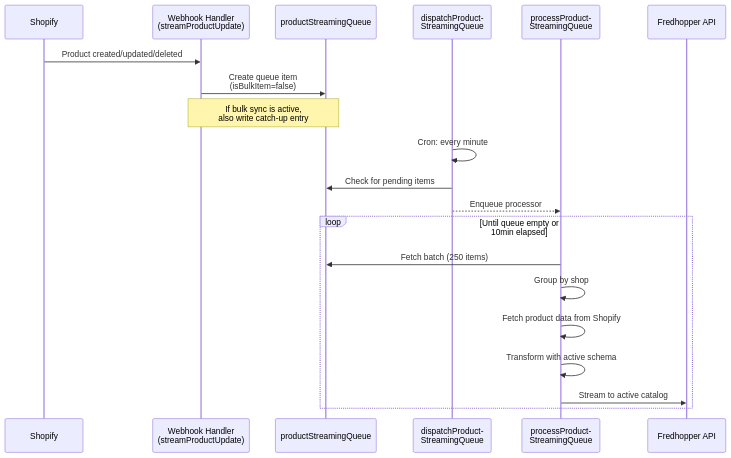
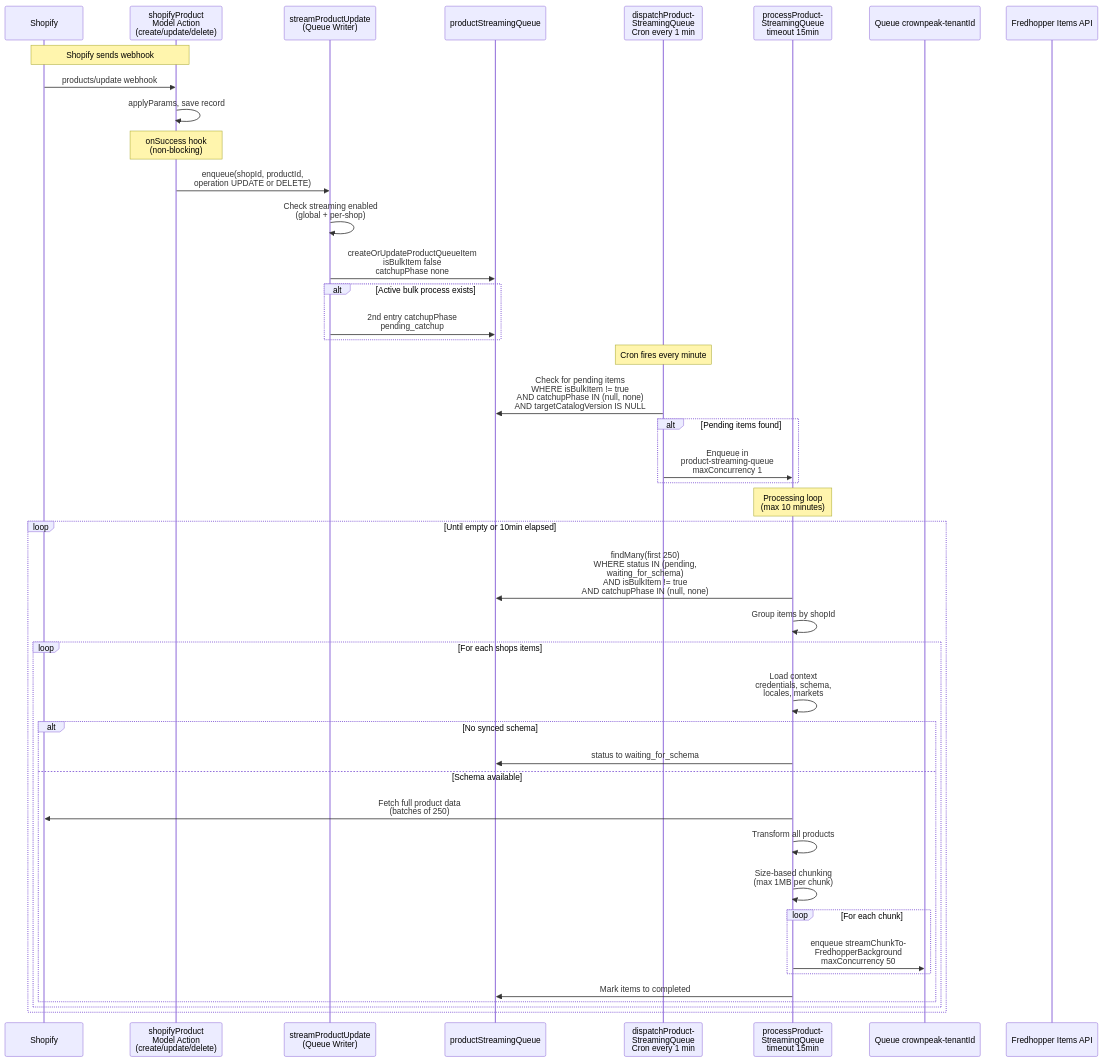
One commit to Crownpeak/best-practices changed the tenth of 18 diagrams in fredhopper/fhr-shopify-app/architecture/README.md. Above: the diagram before and after it, drawn with Mermaid. The commit also changed other lines of this file and 1 other file, not shown here.

First line of the commit message:
docs: 📝 update README with improved architecture overview and diagram adjustments

````diff
--- a/fredhopper/fhr-shopify-app/architecture/README.md
+++ b/fredhopper/fhr-shopify-app/architecture/README.md
@@ -189,26 +533,61 @@
 ```mermaid
 sequenceDiagram
-    participant Shopify
-    participant WH as Webhook Handler<br/>(streamProductUpdate)
-    participant Q as productStreamingQueue
-    participant DISP as dispatchProduct-<br/>StreamingQueue
-    participant PROC as processProduct-<br/>StreamingQueue
-    participant FH as Fredhopper API
+    participant SHOPIFY as Shopify
+    participant MODEL as shopifyProduct<br/>Model Action<br/>(create/update/delete)
+    participant SPU as streamProductUpdate<br/>(Queue Writer)
+    participant PSQ as productStreamingQueue
+    participant DISP as dispatchProduct-<br/>StreamingQueue<br/>Cron every 1 min
+    participant PROC as processProduct-<br/>StreamingQueue<br/>timeout 15min
+    participant Q_FH as Queue crownpeak-tenantId
+    participant FH as Fredhopper Items API
 
-    Shopify->>WH: Product created/updated/deleted
-    WH->>Q: Create queue item<br/>(isBulkItem=false)
+    Note over SHOPIFY,MODEL: Shopify sends webhook
 
-    Note over WH,Q: If bulk sync is active,<br/>also write catch-up entry
+    SHOPIFY ->> MODEL: products/update webhook
+    MODEL ->> MODEL: applyParams, save record
 
-    DISP->>DISP: Cron: every minute
-    DISP->>Q: Check for pending items
-    DISP-->>PROC: Enqueue processor
+    Note over MODEL: onSuccess hook<br/>(non-blocking)
 
-    loop Until queue empty or 10min elapsed
-        PROC->>Q: Fetch batch (250 items)
-        PROC->>PROC: Group by shop
-        PROC->>PROC: Fetch product data from Shopify
-        PROC->>PROC: Transform with active schema
-        PROC->>FH: Stream to active catalog
+    MODEL ->> SPU: enqueue(shopId, productId,<br/>operation UPDATE or DELETE)
+
+    SPU ->> SPU: Check streaming enabled<br/>(global + per-shop)
+    SPU ->> PSQ: createOrUpdateProductQueueItem<br/>isBulkItem false<br/>catchupPhase none
+
+    alt Active bulk process exists
+        SPU ->> PSQ: 2nd entry catchupPhase<br/>pending_catchup
+    end
+
+    Note over DISP: Cron fires every minute
+
+    DISP ->> PSQ: Check for pending items<br/>WHERE isBulkItem != true<br/>AND catchupPhase IN (null, none)<br/>AND targetCatalogVersion IS NULL
+
+    alt Pending items found
+        DISP ->> PROC: Enqueue in<br/>product-streaming-queue<br/>maxConcurrency 1
+    end
+
+    Note over PROC: Processing loop<br/>(max 10 minutes)
+
+    loop Until empty or 10min elapsed
+        PROC ->> PSQ: findMany(first 250)<br/>WHERE status IN (pending,<br/>waiting_for_schema)<br/>AND isBulkItem != true<br/>AND catchupPhase IN (null, none)
+
+        PROC ->> PROC: Group items by shopId
+
+        loop For each shops items
+            PROC ->> PROC: Load context<br/>credentials, schema,<br/>locales, markets
+
+            alt No synced schema
+                PROC ->> PSQ: status to waiting_for_schema
+            else Schema available
+                PROC ->> SHOPIFY: Fetch full product data<br/>(batches of 250)
+                PROC ->> PROC: Transform all products
+                PROC ->> PROC: Size-based chunking<br/>(max 1MB per chunk)
+
+                loop For each chunk
+                    PROC ->> Q_FH: enqueue streamChunkTo-<br/>FredhopperBackground<br/>maxConcurrency 50
+                end
+
+                PROC ->> PSQ: Mark items to completed
+            end
+        end
     end
 ```
````
